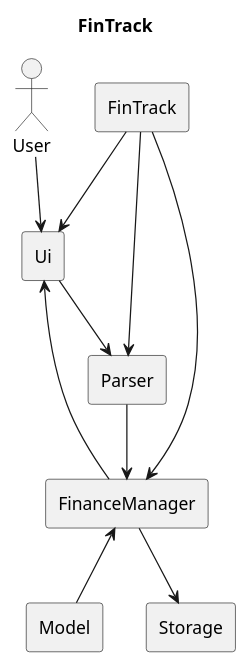
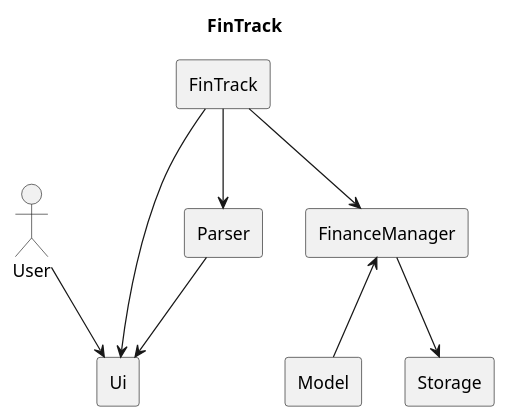
Before and after one commit to AY2526S1-CS2113-W12-4/tp: the diagram in docs/diagrams/architecture.puml, drawn with PlantUML. The commit also changed 1 other file, not shown here.

Commit message:
Update architecture diagram

```diff
--- a/docs/diagrams/architecture.puml
+++ b/docs/diagrams/architecture.puml
@@ -1,26 +1,24 @@
 @startuml
 title FinTrack
 
 actor User
 
 rectangle FinTrack
 rectangle Ui
 rectangle Parser
 rectangle FinanceManager
 rectangle Model
 rectangle Storage
 
 User --> Ui
 
 FinTrack --> Ui
 FinTrack --> Parser
 FinTrack --> FinanceManager
 
-Ui --> Parser
-Parser --> FinanceManager
-FinanceManager --> Ui
+Parser --> Ui
 
 FinanceManager <-- Model
 FinanceManager --> Storage
 
 @enduml
```
